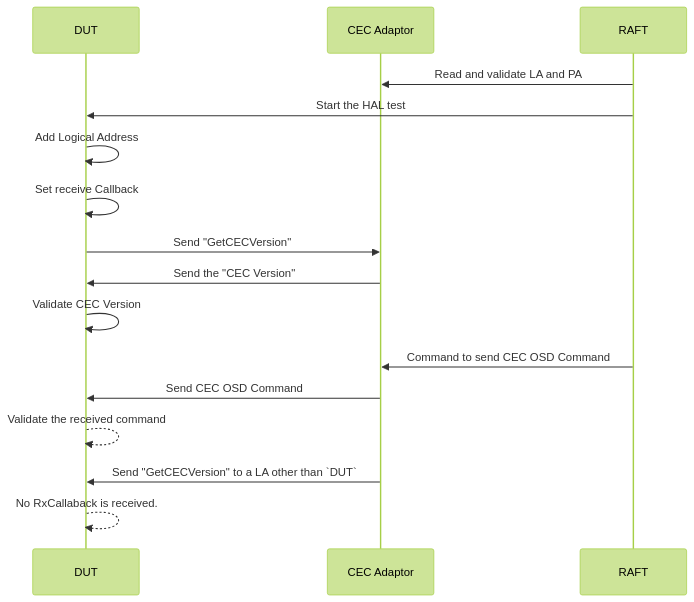
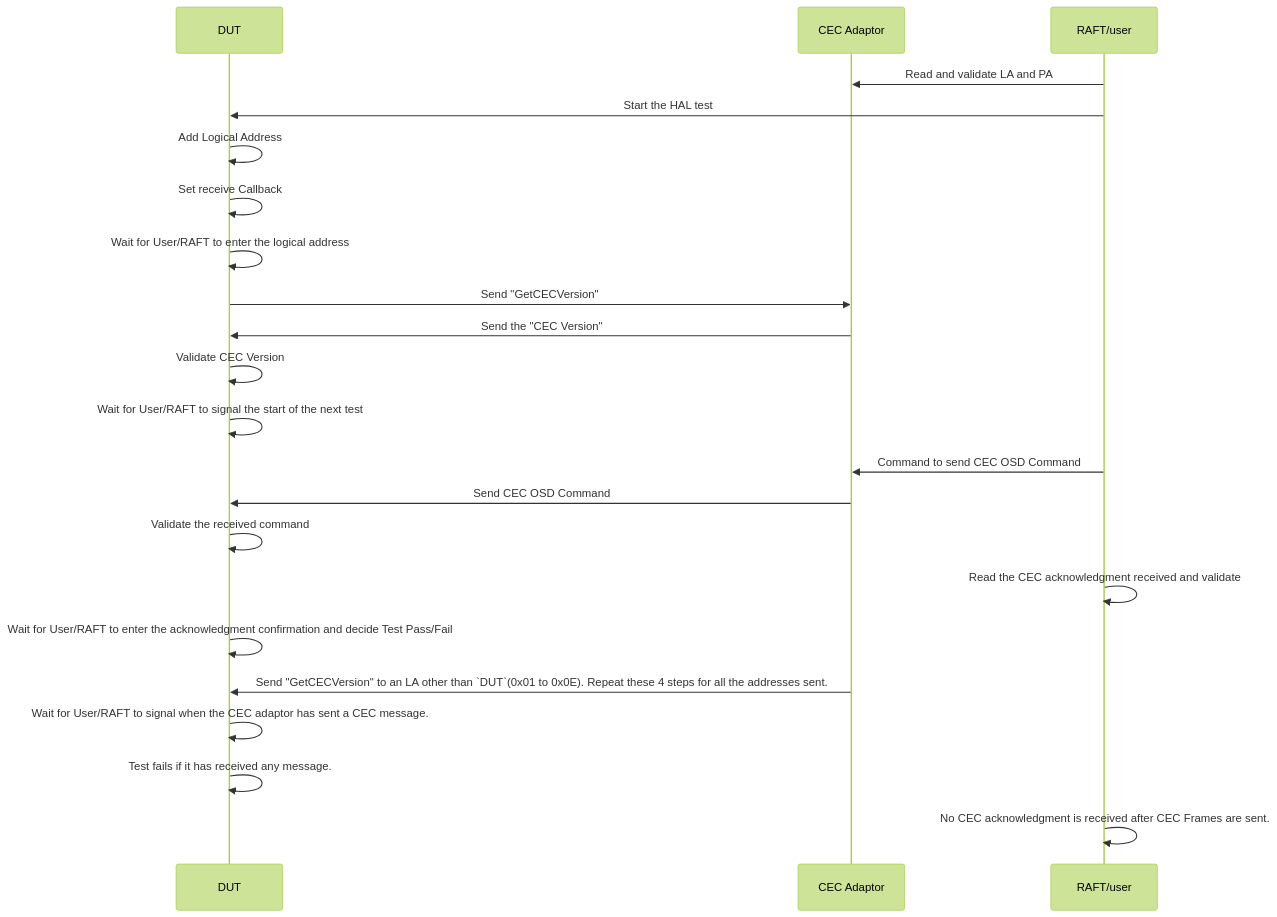
The second of 4 diagrams in docs/pages/hdmi-cec-sink-L3-Low-Level_TestSpec.md (rdkcentral/rdk-halif-test-hdmi_cec), drawn with Mermaid (forest theme) before and after one commit. The commit also changed other lines of this file, not shown here.

First line of the commit message:
gh#44 Update hdmi-cec-sink-L3-Low-Level_TestSpec.md

````diff
--- a/docs/pages/hdmi-cec-sink-L3-Low-Level_TestSpec.md
+++ b/docs/pages/hdmi-cec-sink-L3-Low-Level_TestSpec.md
@@ -111,18 +120,24 @@
 ```mermaid
 sequenceDiagram
     participant DUT
     participant CEC Adaptor
-    participant RAFT
-    RAFT->>CEC Adaptor: Read and validate LA and PA 
-    RAFT->>DUT: Start the HAL test
+    participant RAFT/user
+    RAFT/user->>CEC Adaptor: Read and validate LA and PA 
+    RAFT/user->>DUT: Start the HAL test
     DUT->>DUT: Add Logical Address
     DUT->>DUT: Set receive Callback
+    DUT->>DUT: Wait for User/RAFT to enter the logical address
     DUT->>CEC Adaptor: Send "GetCECVersion"
     CEC Adaptor->>DUT: Send the "CEC Version"
     DUT->>DUT: Validate CEC Version
-    RAFT->>CEC Adaptor: Command to send CEC OSD Command
+    DUT->>DUT: Wait for User/RAFT to signal the start of the next test
+    RAFT/user->>CEC Adaptor: Command to send CEC OSD Command
     CEC Adaptor->>DUT: Send CEC OSD Command
-    DUT-->>DUT: Validate the received command
-    CEC Adaptor->>DUT: Send "GetCECVersion" to a LA other than `DUT`
-    DUT-->>DUT: No RxCallaback is received.
+    DUT->>DUT: Validate the received command
+    RAFT/user->>RAFT/user: Read the CEC acknowledgment received and validate
+    DUT->>DUT: Wait for User/RAFT to enter the acknowledgment confirmation and decide Test Pass/Fail
+    CEC Adaptor->>DUT: Send "GetCECVersion" to an LA other than `DUT`(0x01 to 0x0E). Repeat these 4 steps for all the addresses sent.
+    DUT->>DUT: Wait for User/RAFT to signal when the CEC adaptor has sent a CEC message.
+    DUT->>DUT: Test fails if it has received any message.
+    RAFT/user->>RAFT/user: No CEC acknowledgment is received after CEC Frames are sent.   
 ```
````
